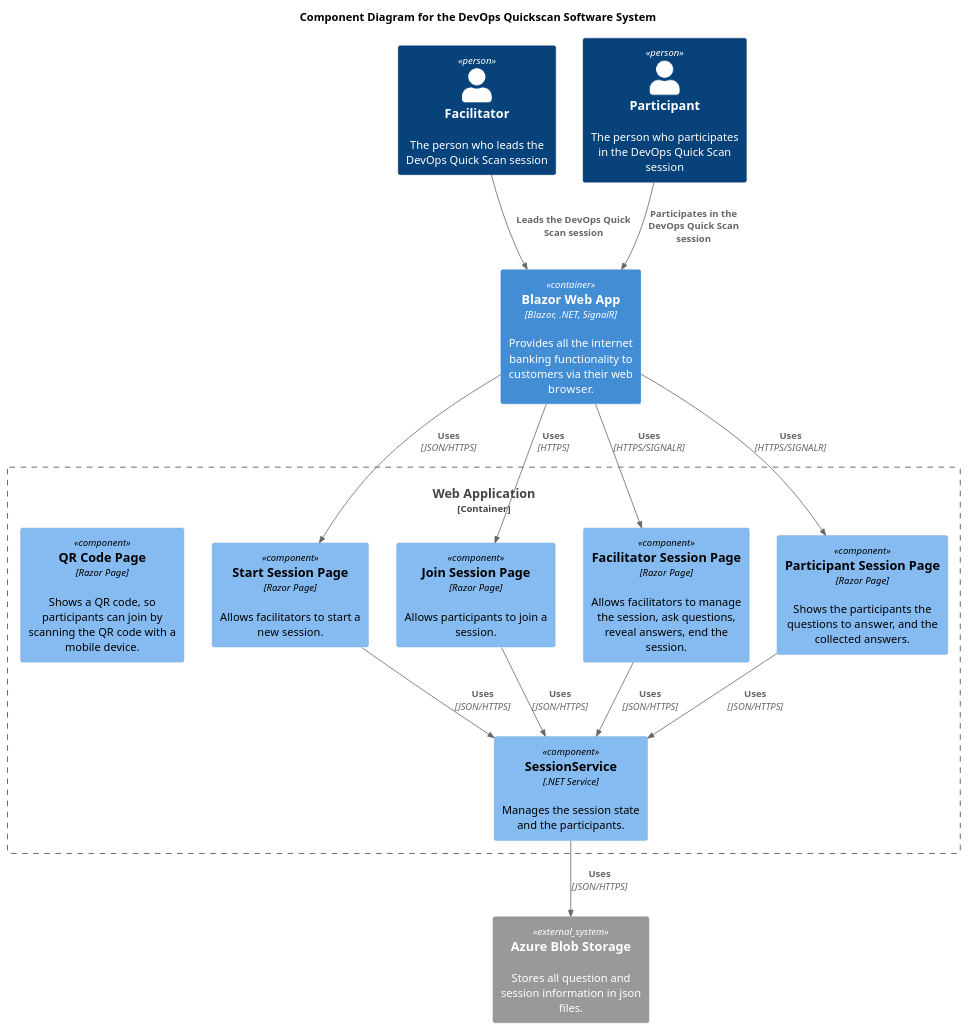
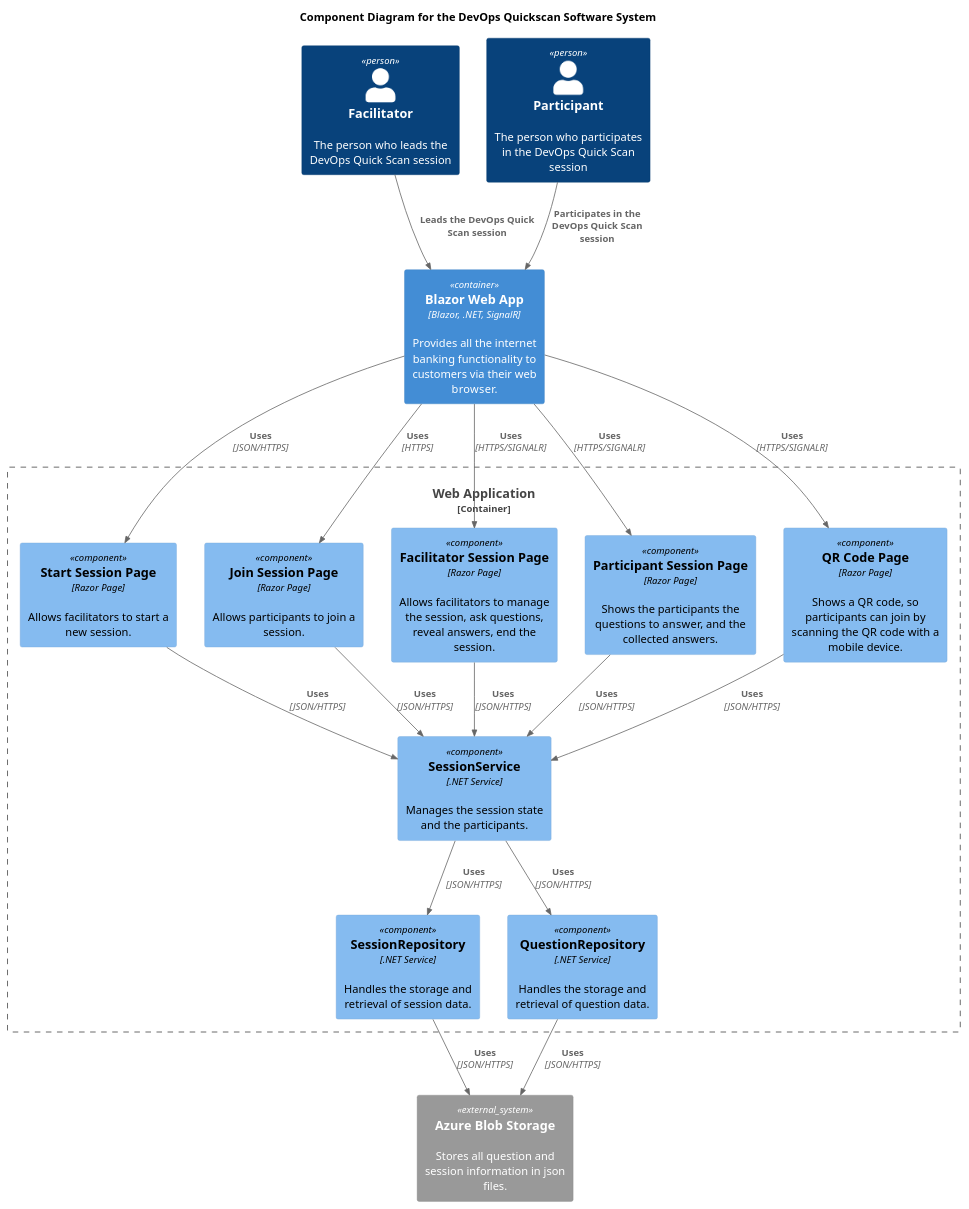
Before and after one commit to jacobduijzer/DevOpsQuickScan: the diagram in docs/component_diagram.pu, drawn with PlantUML. The commit also changed 27 other files, not shown here.

```diff
--- a/docs/component_diagram.pu
+++ b/docs/component_diagram.pu
@@ -1,36 +1,45 @@
 @startuml
 !include https://raw.githubusercontent.com/plantuml-stdlib/C4-PlantUML/master/C4_Component.puml
 
 title Component Diagram for the DevOps Quickscan Software System
 
 Person(facilitator, "Facilitator", "The person who leads the DevOps Quick Scan session")
 Person(participant, "Participant", "The person who participates in the DevOps Quick Scan session")
 
 Container(webapp, "Blazor Web App", "Blazor, .NET, SignalR", "Provides all the internet banking functionality to customers via their web browser.")
 System_Ext(files, "Azure Blob Storage", "Stores all question and session information in json files.")
 
 Container_Boundary(webapp_container, "Web Application") {
     Component(startSession, "Start Session Page", "Razor Page", "Allows facilitators to start a new session.")
     Component(joinSession, "Join Session Page", "Razor Page", "Allows participants to join a session.")
     Component(facilitatorSession, "Facilitator Session Page", "Razor Page", "Allows facilitators to manage the session, ask questions, reveal answers, end the session.")
     Component(participantSession, "Participant Session Page", "Razor Page", "Shows the participants the questions to answer, and the collected answers.")
     Component(qrcodePage, "QR Code Page", "Razor Page", "Shows a QR code, so participants can join by scanning the QR code with a mobile device.")
+
     Component(sessionService, "SessionService", ".NET Service", "Manages the session state and the participants.")
+
+    Component(sessionRepository, "SessionRepository", ".NET Service", "Handles the storage and retrieval of session data.")
+    Component(questionRepository, "QuestionRepository", ".NET Service", "Handles the storage and retrieval of question data.")
 }
 
 Rel(facilitator, webapp, "Leads the DevOps Quick Scan session")
 Rel(participant, webapp, "Participates in the DevOps Quick Scan session")
 
 Rel(webapp, startSession, "Uses", "JSON/HTTPS")
 Rel(webapp, joinSession, "Uses", "HTTPS")
 Rel(webapp, facilitatorSession, "Uses", "HTTPS/SIGNALR")
 Rel(webapp, participantSession, "Uses", "HTTPS/SIGNALR")
+Rel(webapp, qrcodePage, "Uses", "HTTPS/SIGNALR")
 
 Rel(startSession, sessionService, "Uses", "JSON/HTTPS")
 Rel(joinSession, sessionService, "Uses", "JSON/HTTPS")
 Rel(facilitatorSession, sessionService, "Uses", "JSON/HTTPS")
 Rel(participantSession, sessionService, "Uses", "JSON/HTTPS")
+Rel(qrcodePage, sessionService, "Uses", "JSON/HTTPS")
 
-Rel(sessionService, files, "Uses", "JSON/HTTPS")
+Rel(sessionService, sessionRepository, "Uses", "JSON/HTTPS")
+Rel(sessionService, questionRepository, "Uses", "JSON/HTTPS")
+Rel(sessionRepository, files, "Uses", "JSON/HTTPS")
+Rel(questionRepository, files, "Uses", "JSON/HTTPS")
 
 @enduml
```
